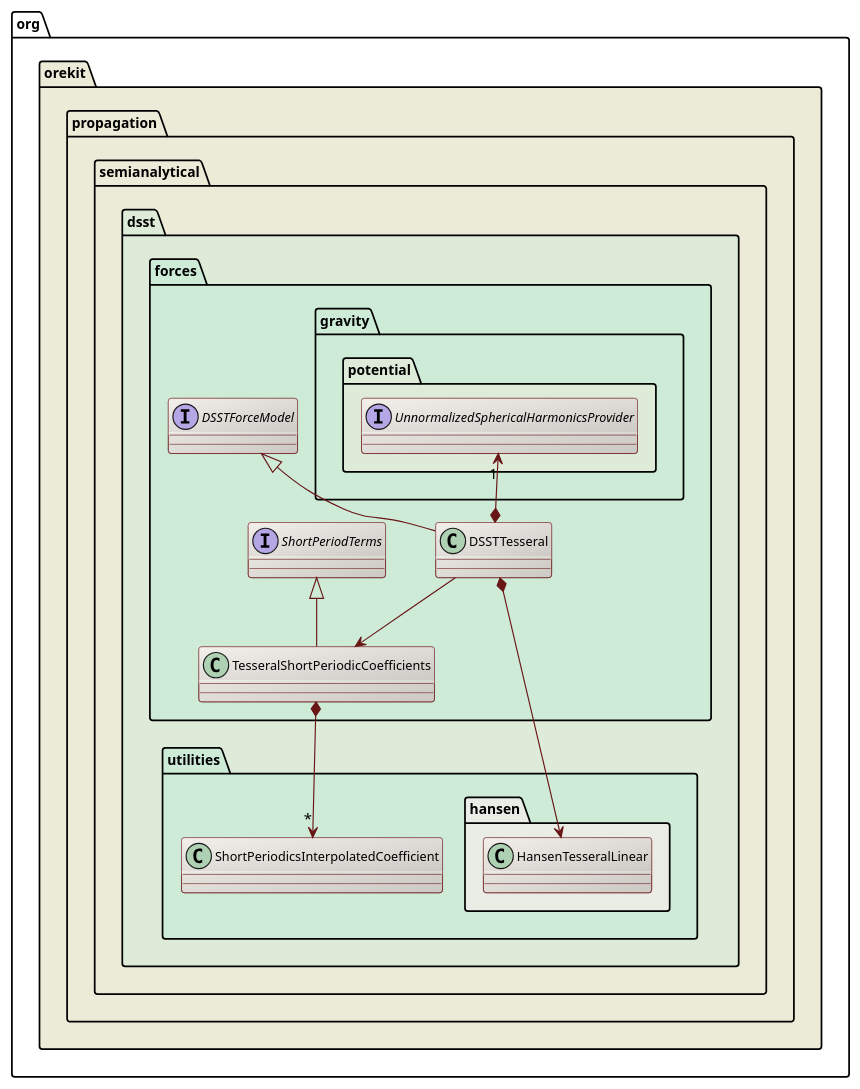
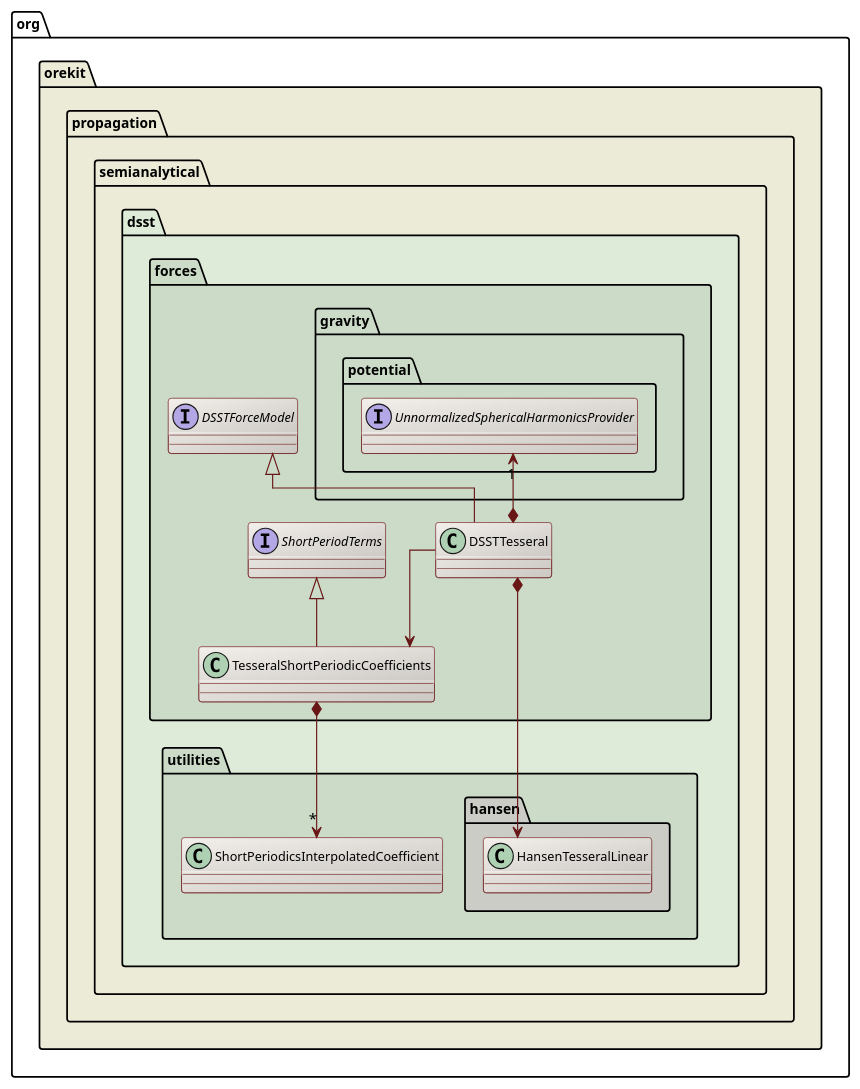
Before and after one commit to CS-SI/Orekit: the diagram in src/design/dsst-tesseral-contribution-class-diagram.puml, drawn with PlantUML. The commit also changed 32 other files, not shown here.

Commit message:
Use orthogonal arrows for UML diagrams layout.

```diff
--- a/src/design/dsst-tesseral-contribution-class-diagram.puml
+++ b/src/design/dsst-tesseral-contribution-class-diagram.puml
@@ -17,39 +17,40 @@
 @startuml
 
   skinparam svek                  true
   skinparam ClassBackgroundColor  #F3EFEB/CCC9C5
   skinparam ClassArrowColor       #691616
   skinparam ClassBorderColor      #691616
   skinparam NoteBackgroundColor   #F3EFEB
   skinparam NoteBorderColor       #691616
   skinparam NoteFontColor         #691616
   skinparam ClassFontSize         11
   skinparam PackageFontSize       12
+  skinparam linetype              ortho
 
   package org.orekit #ECEBD8 {
 
     package propagation.semianalytical.dsst #DDEBD8 {
 
-      Package forces #CEEBD8 {
+      Package forces #CBDBC8 {
         interface DSSTForceModel
         interface ShortPeriodTerms
         DSSTForceModel <|-- DSSTTesseral
         DSSTTesseral --> TesseralShortPeriodicCoefficients
         ShortPeriodTerms <|-- TesseralShortPeriodicCoefficients
       }
 
-      package utilities #CEEBD8 {
-        package hansen #EAECE6 {
+      package utilities #CBDBC8 {
+        package hansen #CCCCC7 {
           class HansenTesseralLinear
         }
           TesseralShortPeriodicCoefficients *--> "*" ShortPeriodicsInterpolatedCoefficient
           DSSTTesseral *--> HansenTesseralLinear
        }
 
-      package forces.gravity.potential #DDEBD8 {
+      package forces.gravity.potential #CBDBC8 {
           interface UnnormalizedSphericalHarmonicsProvider
           UnnormalizedSphericalHarmonicsProvider "1" <--* DSSTTesseral
       }
   }
 
 @enduml
```
